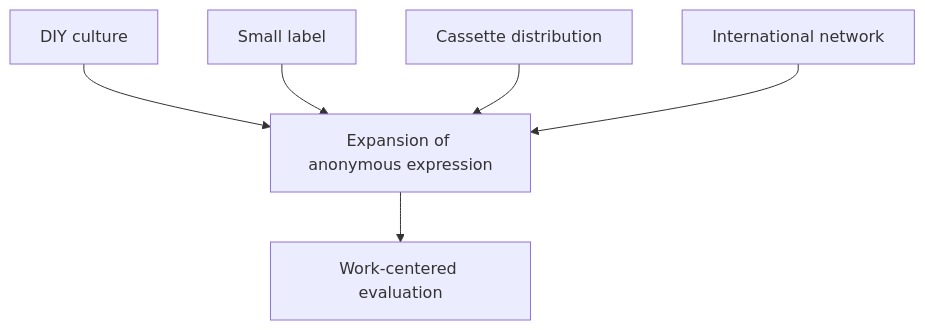
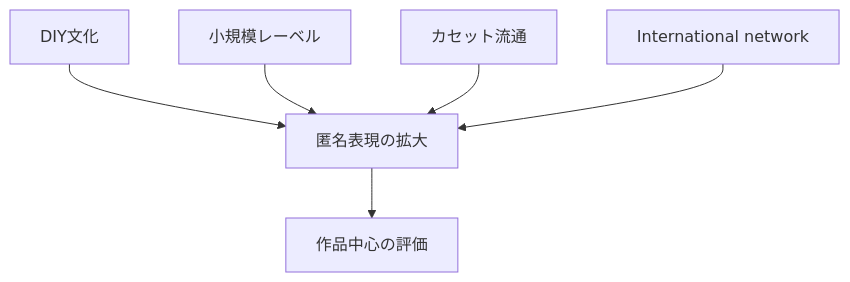
One commit to monumental-movement/monumental-movement.github.io changed the seventh of 9 diagrams in en/_posts/2026-07-07-column-angine-de-poitrine-caroliner-rubber-o-cement.md. Above: the diagram before and after it, drawn with Mermaid. The commit also changed other lines of this file and 2196 other files, not shown here.

```diff
--- a/en/_posts/2026-07-07-column-angine-de-poitrine-caroliner-rubber-o-cement.md
+++ b/en/_posts/2026-07-07-column-angine-de-poitrine-caroliner-rubber-o-cement.md
@@ -760,16 +759,16 @@
 <div class="mermaid">
 flowchart TD
 
-A["DIY culture"]
-B["Small label"]
-C["Cassette distribution"]
+A["DIY文化"]
+B["小規模レーベル"]
+C["カセット流通"]
 D["International network"]
 
-A --> E["Expansion of anonymous expression"]
+A --> E["匿名表現の拡大"]
 B --> E
 C --> E
 D --> E
 
-E --> F["Work-centered evaluation"]
+E --> F["作品中心の評価"]
 
 </div>
```
